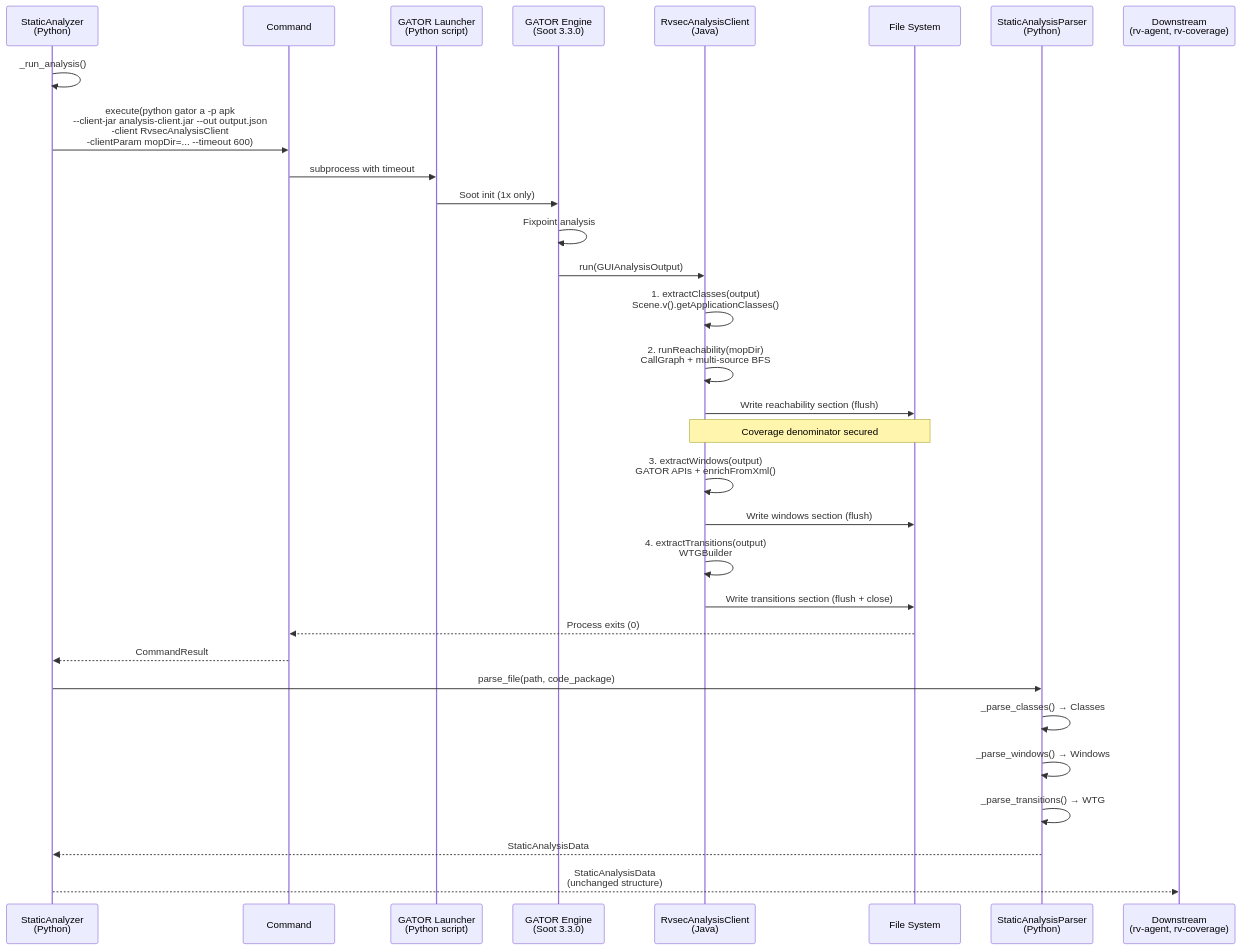
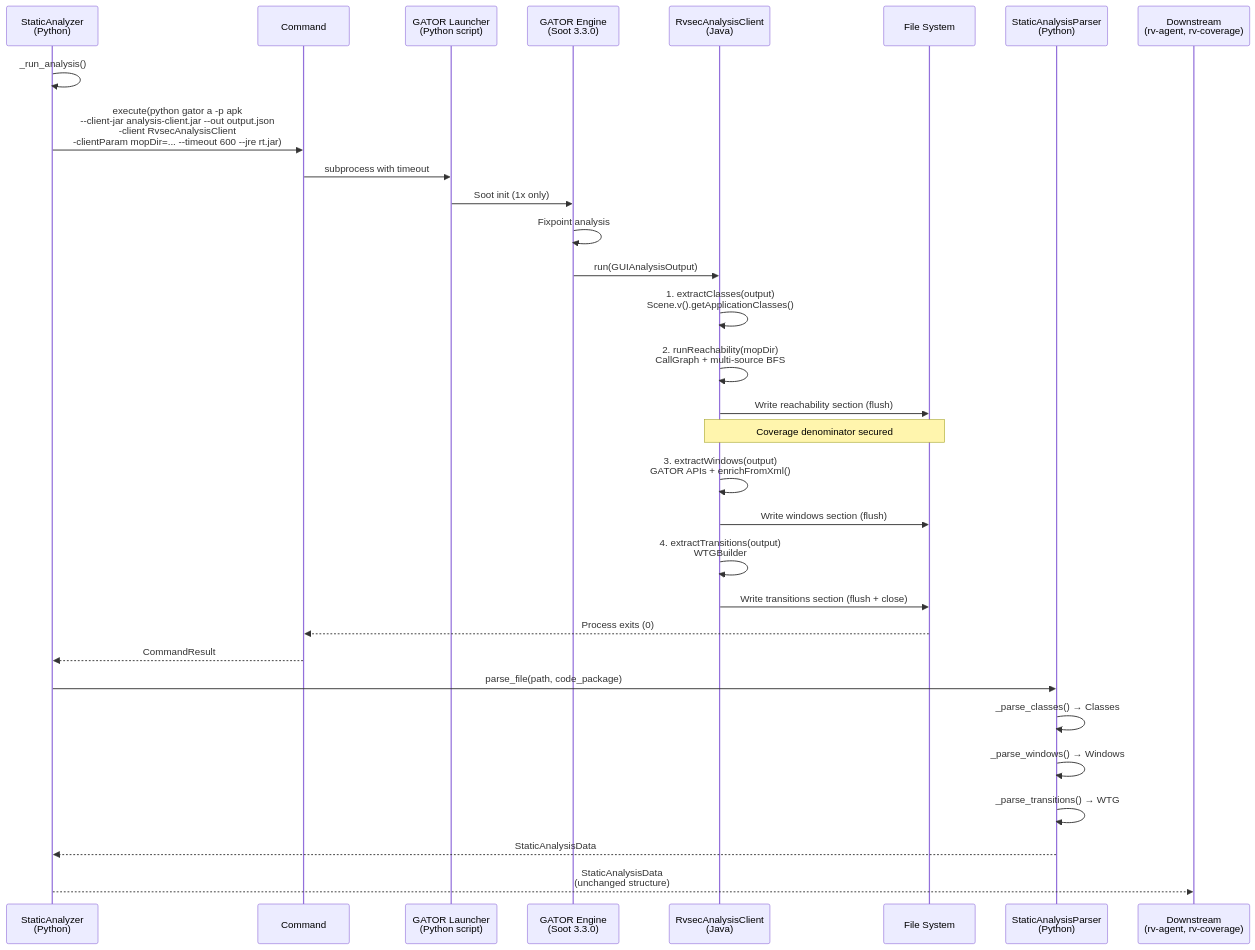
One commit to PAMunb/rvsec changed the third of 4 diagrams in rv-android/openspec/changes/gh27-unified-static-analysis/design.md. Above: the diagram before and after it, drawn with Mermaid. The commit also changed 2 other files, not shown here.

Commit message:
docs(gh27): fix 3 consistency gaps from cross-artifact verification
- plan.md: "5 Open Questions (Q1-Q5)" → "6 Open Questions (Q1-Q6)" including Q6 (rt.jar)
- plan.md S13: add test_static_analysis_parser.py (NEW) and tests/resources/cryptoapp.apk.json (NEW)
- spec.md + design.md: add --jre <rt_jar_path> to GATOR command in scenario and sequence diagram

refs #27

````diff
--- a/rv-android/openspec/changes/gh27-unified-static-analysis/design.md
+++ b/rv-android/openspec/changes/gh27-unified-static-analysis/design.md
@@ -396,40 +396,40 @@
 ```mermaid
 sequenceDiagram
     participant SA as StaticAnalyzer<br/>(Python)
     participant CMD as Command
     participant GL as GATOR Launcher<br/>(Python script)
     participant GATOR as GATOR Engine<br/>(Soot 3.3.0)
     participant UC as RvsecAnalysisClient<br/>(Java)
     participant FS as File System
     participant UP as StaticAnalysisParser<br/>(Python)
     participant DS as Downstream<br/>(rv-agent, rv-coverage)
 
     SA->>SA: _run_analysis()
-    SA->>CMD: execute(python gator a -p apk<br/>--client-jar analysis-client.jar --out output.json<br/>-client RvsecAnalysisClient<br/>-clientParam mopDir=... --timeout 600)
+    SA->>CMD: execute(python gator a -p apk<br/>--client-jar analysis-client.jar --out output.json<br/>-client RvsecAnalysisClient<br/>-clientParam mopDir=... --timeout 600 --jre rt.jar)
 
     CMD->>GL: subprocess with timeout
 
     GL->>GATOR: Soot init (1x only)
     GATOR->>GATOR: Fixpoint analysis
     GATOR->>UC: run(GUIAnalysisOutput)
 
     UC->>UC: 1. extractClasses(output)<br/>Scene.v().getApplicationClasses()
     UC->>UC: 2. runReachability(mopDir)<br/>CallGraph + multi-source BFS
     UC->>FS: Write reachability section (flush)
     Note over UC,FS: Coverage denominator secured
     UC->>UC: 3. extractWindows(output)<br/>GATOR APIs + enrichFromXml()
     UC->>FS: Write windows section (flush)
     UC->>UC: 4. extractTransitions(output)<br/>WTGBuilder
     UC->>FS: Write transitions section (flush + close)
 
     FS-->>CMD: Process exits (0)
     CMD-->>SA: CommandResult
 
     SA->>UP: parse_file(path, code_package)
     UP->>UP: _parse_classes() → Classes
     UP->>UP: _parse_windows() → Windows
     UP->>UP: _parse_transitions() → WTG
     UP-->>SA: StaticAnalysisData
 
     SA-->>DS: StaticAnalysisData<br/>(unchanged structure)
 ```
````
